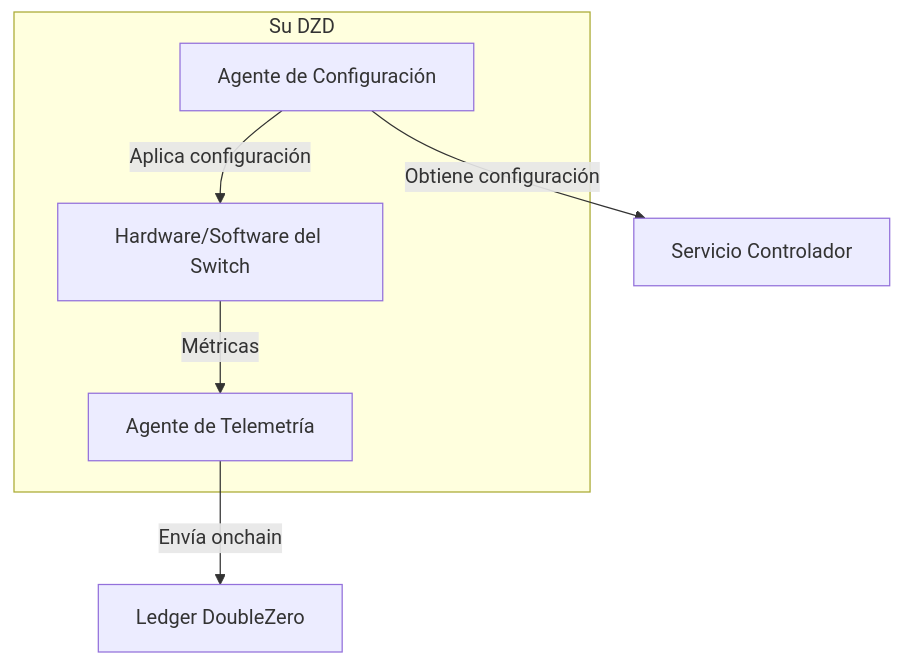
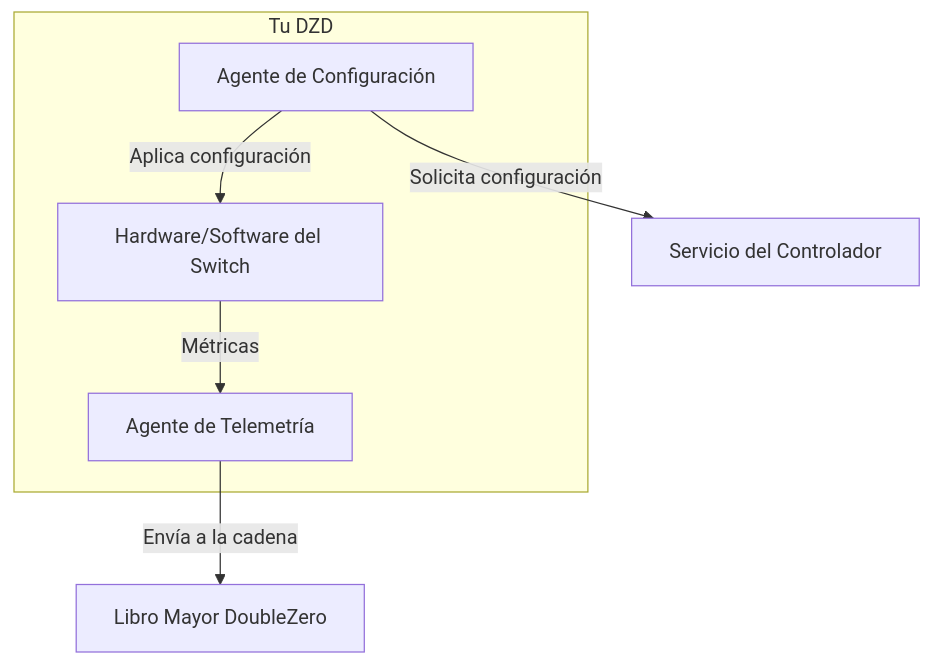
Diagram 12 of 13 in docs/contribute-provisioning.es.md (malbeclabs/docs), drawn with Mermaid before and after one commit. The commit also changed other lines of this file and 160 other files, not shown here.

````diff
--- a/docs/contribute-provisioning.es.md
+++ b/docs/contribute-provisioning.es.md
@@ -697,14 +766,14 @@
 ```mermaid
 flowchart TB
-    subgraph "Su DZD"
+    subgraph "Tu DZD"
         CA[Agente de Configuración]
         TA[Agente de Telemetría]
         HW[Hardware/Software del Switch]
     end
 
-    CA -->|Obtiene configuración| CTRL[Servicio Controlador]
+    CA -->|Solicita configuración| CTRL[Servicio del Controlador]
     CA -->|Aplica configuración| HW
 
     HW -->|Métricas| TA
-    TA -->|Envía onchain| BC[Ledger DoubleZero]
+    TA -->|Envía a la cadena| BC[Libro Mayor DoubleZero]
 ```
````
